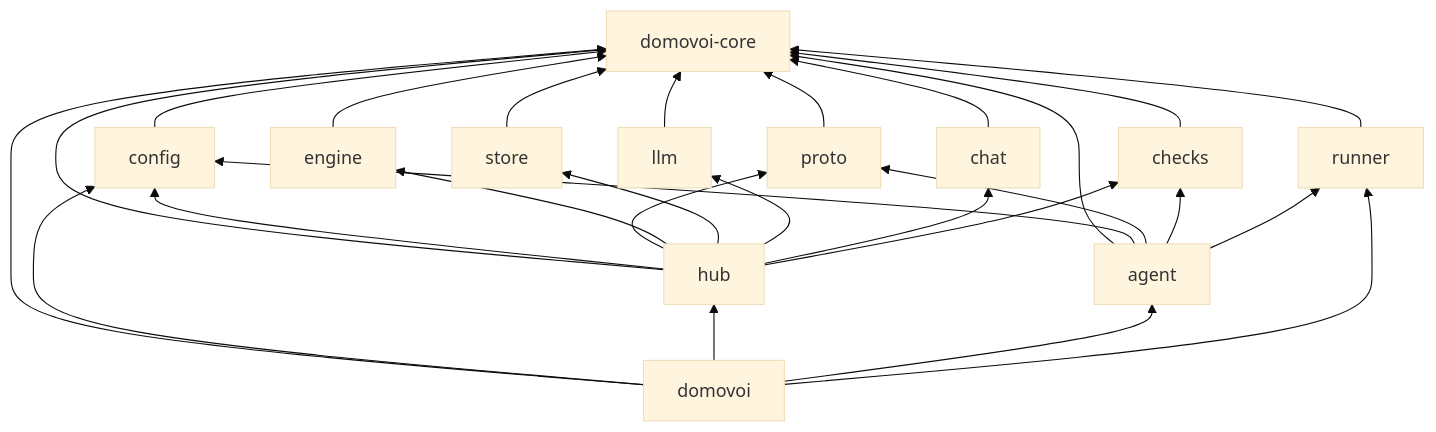
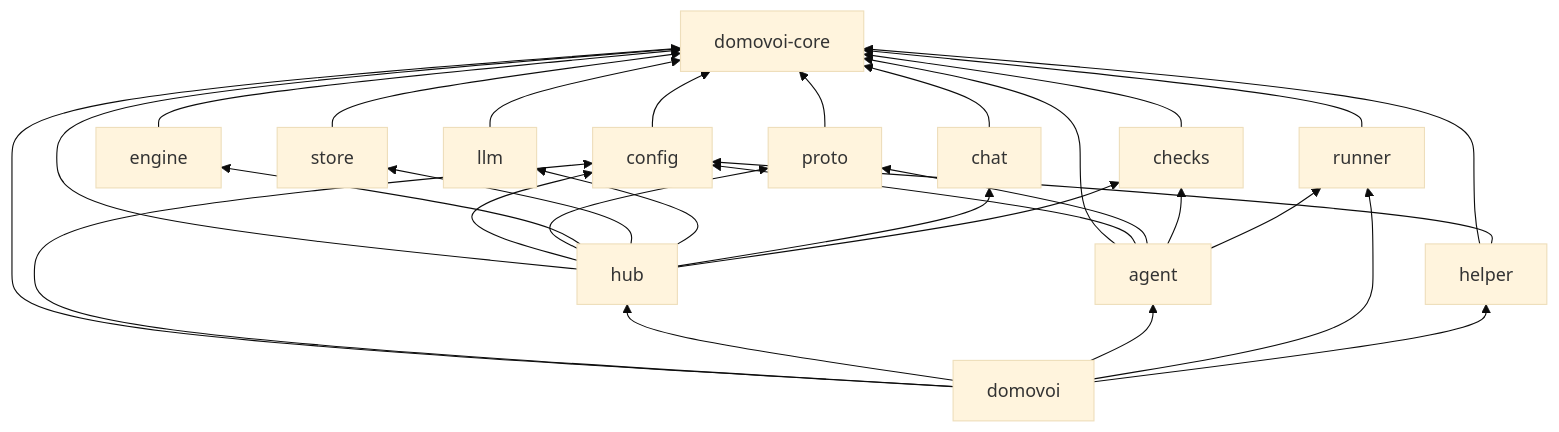
One commit to RoastSlav/domovoi changed the second of 5 diagrams in ARCHITECTURE.md. Above: the diagram before and after it, drawn with Mermaid (base theme). The commit also changed other lines of this file and 13 other files, not shown here.

````diff
--- a/ARCHITECTURE.md
+++ b/ARCHITECTURE.md
@@ -65,15 +66,16 @@
 ```mermaid
 flowchart BT
   core[domovoi-core]
   config --> core
   proto --> core
   engine --> core
   store --> core
   llm --> core
   chat --> core
   checks --> core
   runner --> core
+  helper --> core & config
   agent --> core & config & proto & checks & runner
   hub --> core & config & proto & engine & store & llm & chat & checks
-  bin[domovoi] --> core & config & hub & agent & runner
+  bin[domovoi] --> core & config & hub & agent & runner & helper
 ```
````
